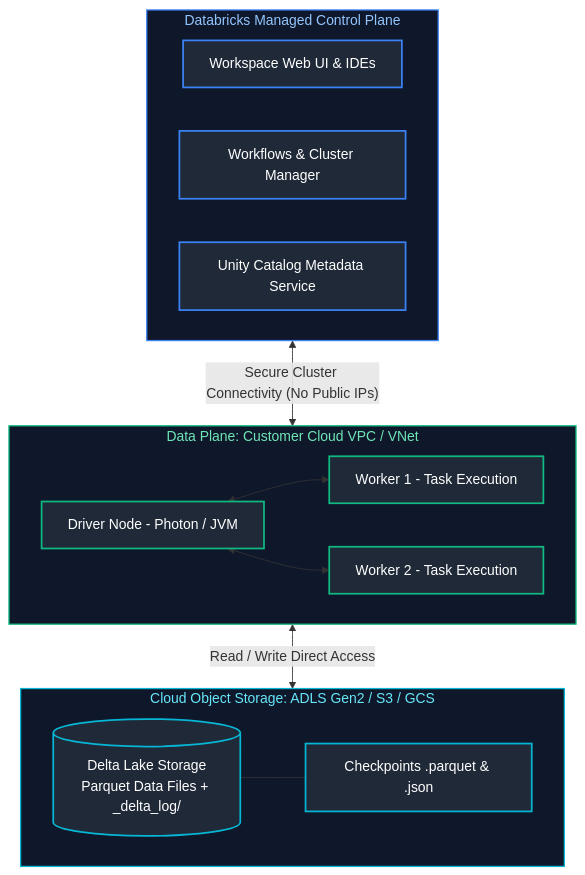
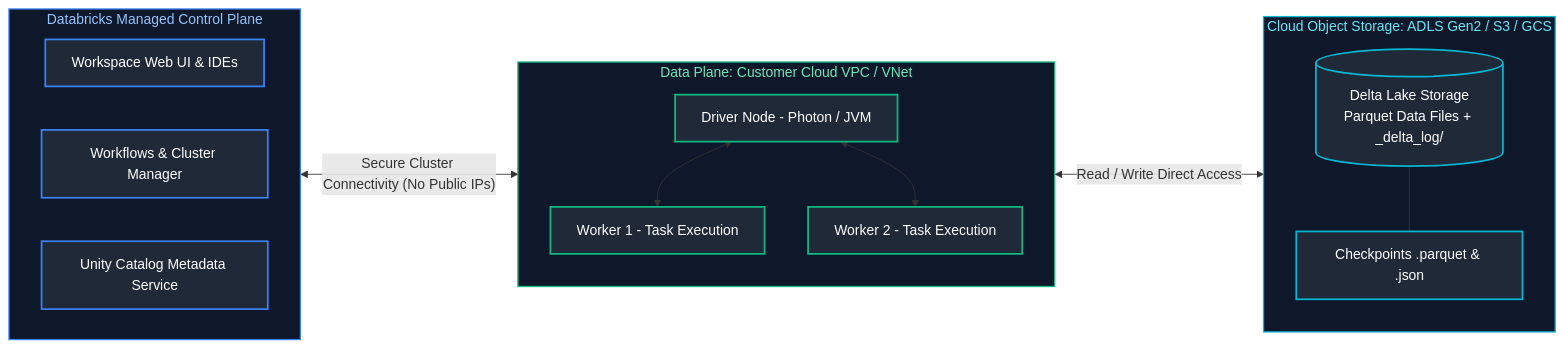
The first of 17 diagrams in Data Engineering/09_databricks_and_delta_lake.md (joydeep-biswas/Interview-Preparation), drawn with Mermaid before and after one commit. The commit also changed other lines of this file and 76 other files, not shown here.

Commit message:
Updated Charts

````diff
--- a/Data Engineering/09_databricks_and_delta_lake.md
+++ b/Data Engineering/09_databricks_and_delta_lake.md
@@ -9,38 +9,41 @@
 ```mermaid
-flowchart TD
+flowchart LR
     subgraph ControlPlane ["Databricks Managed Control Plane"]
-        UI[Workspace Web UI & IDEs]
-        JobMgr[Workflows & Cluster Manager]
-        CatalogServ[Unity Catalog Metadata Service]
+        direction LR
+        UI["Workspace Web UI & IDEs"]
+        JobMgr["Workflows & Cluster Manager"]
+        CatalogServ["Unity Catalog Metadata Service"]
     end
 
     subgraph DataPlane ["Data Plane: Customer Cloud VPC / VNet"]
-        Driver[Driver Node - Photon / JVM]
-        W1[Worker 1 - Task Execution]
-        W2[Worker 2 - Task Execution]
+        direction TB
+        Driver["Driver Node - Photon / JVM"]
+        W1["Worker 1 - Task Execution"]
+        W2["Worker 2 - Task Execution"]
         Driver <--> W1
         Driver <--> W2
     end
 
     subgraph CloudObjectStorage ["Cloud Object Storage: ADLS Gen2 / S3 / GCS"]
+        direction TB
         DeltaTable[("Delta Lake Storage<br/>Parquet Data Files + _delta_log/")]
-        Checkpoints[Checkpoints .parquet & .json]
+        Checkpoints["Checkpoints .parquet & .json"]
         DeltaTable --- Checkpoints
     end
 
     ControlPlane <--> |"Secure Cluster Connectivity (No Public IPs)"| DataPlane
     DataPlane <--> |"Read / Write Direct Access"| CloudObjectStorage
 
     style ControlPlane fill:#0f172a,stroke:#3b82f6,stroke-width:1.5px,color:#93c5fd
     style DataPlane fill:#0f172a,stroke:#10b981,stroke-width:1.5px,color:#6ee7b7
     style CloudObjectStorage fill:#0f172a,stroke:#06b6d4,stroke-width:1.5px,color:#67e8f9
 
     style UI fill:#1f2937,stroke:#3b82f6,stroke-width:2px,color:#fff
     style JobMgr fill:#1f2937,stroke:#3b82f6,stroke-width:2px,color:#fff
     style CatalogServ fill:#1f2937,stroke:#3b82f6,stroke-width:2px,color:#fff
     style Driver fill:#1f2937,stroke:#10b981,stroke-width:2px,color:#fff
     style W1 fill:#1f2937,stroke:#10b981,stroke-width:2px,color:#fff
     style W2 fill:#1f2937,stroke:#10b981,stroke-width:2px,color:#fff
     style DeltaTable fill:#1f2937,stroke:#06b6d4,stroke-width:2px,color:#fff
     style Checkpoints fill:#1f2937,stroke:#06b6d4,stroke-width:2px,color:#fff
 ```
````
